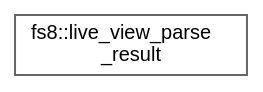
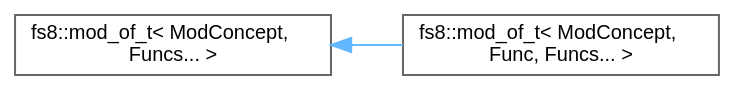
The diagram in api/inherit_graph_85.dot (the-moisrex/foresight), drawn with Graphviz before and after one commit. The commit also changed 165 other files, not shown here.

```diff
--- a/api/inherit_graph_85.dot
+++ b/api/inherit_graph_85.dot
@@ -1,9 +1,11 @@
 digraph "Graphical Class Hierarchy"
 {
  // LATEX_PDF_SIZE
   bgcolor="transparent";
   edge [fontname=Helvetica,fontsize=10,labelfontname=Helvetica,labelfontsize=10];
   node [fontname=Helvetica,fontsize=10,shape=box,height=0.2,width=0.4];
   rankdir="LR";
-  Node0 [id="Node000000",label="fs8::live_view_parse\l_result",height=0.2,width=0.4,color="grey40", fillcolor="white", style="filled",URL="$structfs8_1_1live__view__parse__result.html",tooltip="Parse result extended with device_id."];
+  Node0 [id="Node000000",label="fs8::mod_of_t\< ModConcept,\l Funcs... \>",height=0.2,width=0.4,color="grey40", fillcolor="white", style="filled",URL="$structfs8_1_1mod__of__t.html",tooltip=" "];
+  Node0 -> Node1 [id="edge134_Node000000_Node000001",dir="back",color="steelblue1",style="solid",tooltip=" "];
+  Node1 [id="Node000001",label="fs8::mod_of_t\< ModConcept,\l Func, Funcs... \>",height=0.2,width=0.4,color="grey40", fillcolor="white", style="filled",URL="$structfs8_1_1mod__of__t_3_01ModConcept_00_01Func_00_01Funcs_8_8_8_01_4.html",tooltip=" "];
 }
```
